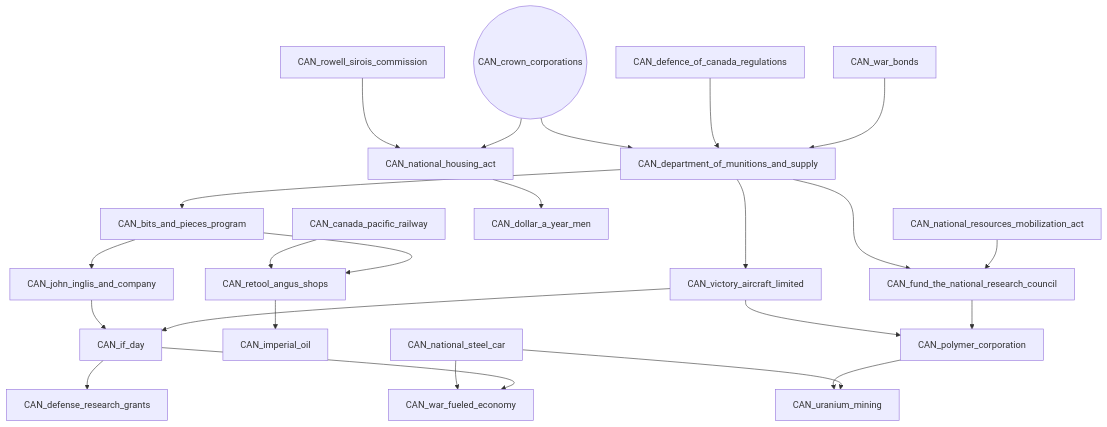
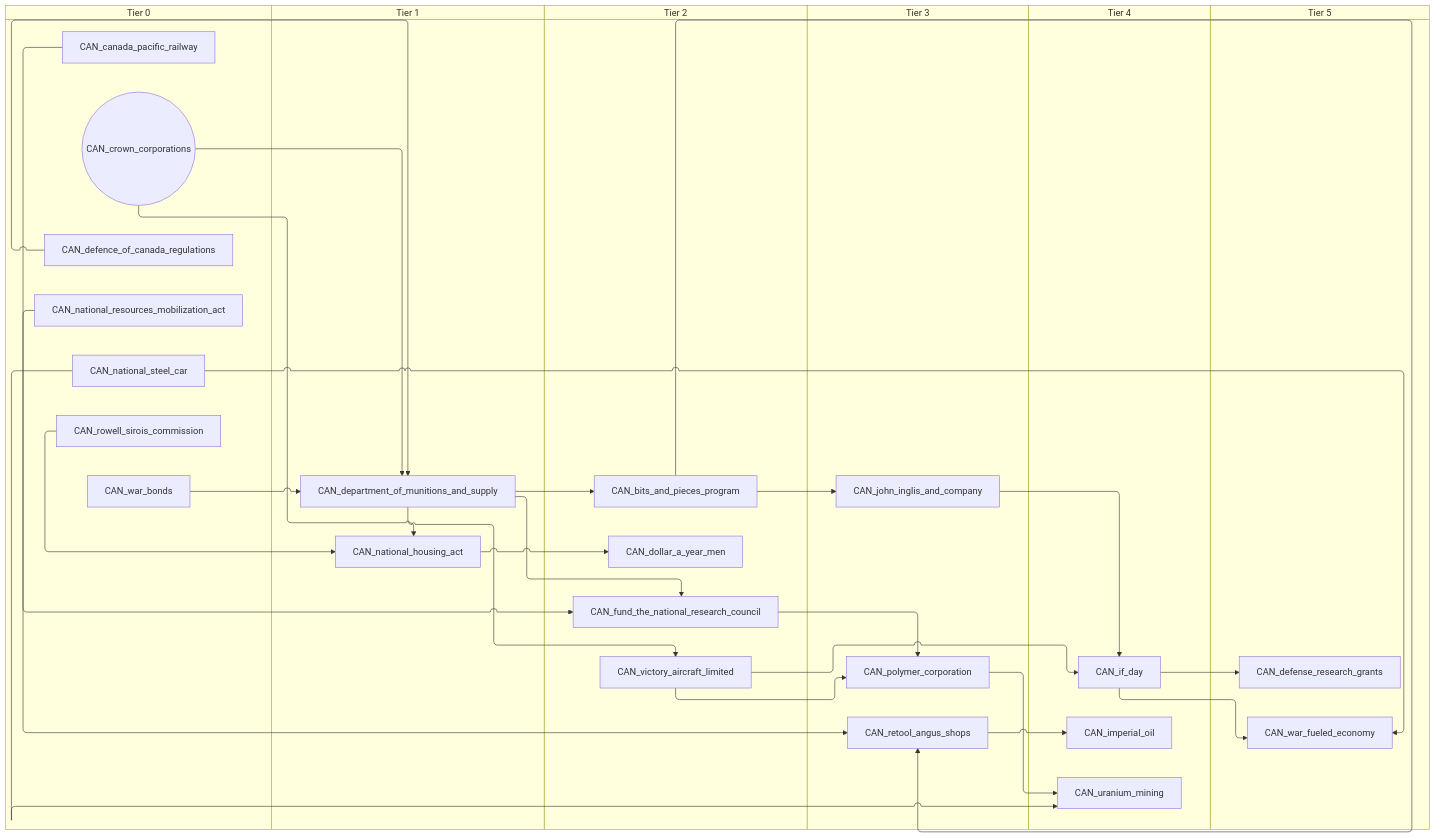
The second of 9 diagrams in docs/gdd/National Focuses/canada.md (evgeny-sobol/hoi4-sandbox-mode), drawn with Mermaid before and after one commit. The commit also changed other lines of this file and 80 other files, not shown here.

First line of the commit message:
Add swimlane mode to focus graph exporter

````diff
--- a/docs/gdd/National Focuses/canada.md
+++ b/docs/gdd/National Focuses/canada.md
@@ -46,47 +58,59 @@
 ```mermaid
-flowchart TD
-    n18["CAN_bits_and_pieces_program"]
-    n19["CAN_canada_pacific_railway"]
-    n20(("CAN_crown_corporations"))
-    n21["CAN_defence_of_canada_regulations"]
-    n22["CAN_defense_research_grants"]
-    n23["CAN_department_of_munitions_and_supply"]
-    n24["CAN_dollar_a_year_men"]
-    n25["CAN_fund_the_national_research_council"]
-    n26["CAN_if_day"]
-    n27["CAN_imperial_oil"]
-    n28["CAN_john_inglis_and_company"]
-    n29["CAN_national_housing_act"]
-    n30["CAN_national_resources_mobilization_act"]
-    n31["CAN_national_steel_car"]
-    n32["CAN_polymer_corporation"]
-    n33["CAN_retool_angus_shops"]
-    n34["CAN_rowell_sirois_commission"]
-    n35["CAN_uranium_mining"]
-    n36["CAN_victory_aircraft_limited"]
-    n37["CAN_war_bonds"]
-    n38["CAN_war_fueled_economy"]
-    n23 --> n18
-    n26 --> n22
-    n20 --> n23
-    n21 --> n23
-    n37 --> n23
-    n29 --> n24
-    n23 --> n25
-    n30 --> n25
-    n28 --> n26
-    n36 --> n26
-    n33 --> n27
-    n18 --> n28
-    n34 --> n29
-    n20 --> n29
-    n36 --> n32
-    n25 --> n32
-    n19 --> n33
+swimlane-beta TD
+    subgraph tier_0["Tier 0"]
+        n18["CAN_canada_pacific_railway"]
+        n19(("CAN_crown_corporations"))
+        n20["CAN_defence_of_canada_regulations"]
+        n21["CAN_national_resources_mobilization_act"]
+        n22["CAN_national_steel_car"]
+        n23["CAN_rowell_sirois_commission"]
+        n24["CAN_war_bonds"]
+    end
+    subgraph tier_1["Tier 1"]
+        n25["CAN_department_of_munitions_and_supply"]
+        n26["CAN_national_housing_act"]
+    end
+    subgraph tier_2["Tier 2"]
+        n27["CAN_bits_and_pieces_program"]
+        n28["CAN_dollar_a_year_men"]
+        n29["CAN_fund_the_national_research_council"]
+        n30["CAN_victory_aircraft_limited"]
+    end
+    subgraph tier_3["Tier 3"]
+        n31["CAN_john_inglis_and_company"]
+        n32["CAN_polymer_corporation"]
+        n33["CAN_retool_angus_shops"]
+    end
+    subgraph tier_4["Tier 4"]
+        n34["CAN_if_day"]
+        n35["CAN_imperial_oil"]
+        n36["CAN_uranium_mining"]
+    end
+    subgraph tier_5["Tier 5"]
+        n37["CAN_defense_research_grants"]
+        n38["CAN_war_fueled_economy"]
+    end
+    n25 --> n27
+    n34 --> n37
+    n19 --> n25
+    n20 --> n25
+    n24 --> n25
+    n26 --> n28
+    n25 --> n29
+    n21 --> n29
+    n31 --> n34
+    n30 --> n34
+    n33 --> n35
+    n27 --> n31
+    n23 --> n26
+    n19 --> n26
+    n30 --> n32
+    n29 --> n32
     n18 --> n33
-    n32 --> n35
-    n31 --> n35
-    n23 --> n36
-    n31 --> n38
-    n26 --> n38
+    n27 --> n33
+    n32 --> n36
+    n22 --> n36
+    n25 --> n30
+    n22 --> n38
+    n34 --> n38
 ```
````
